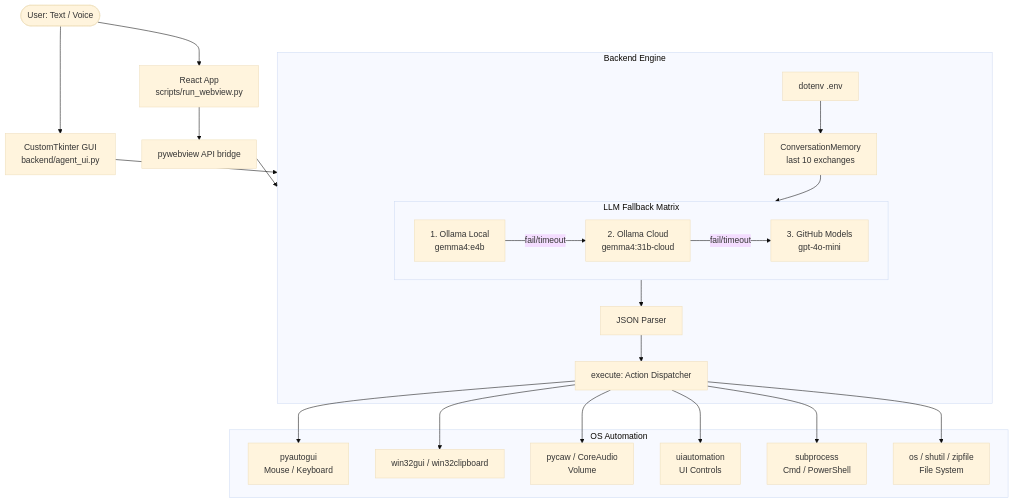
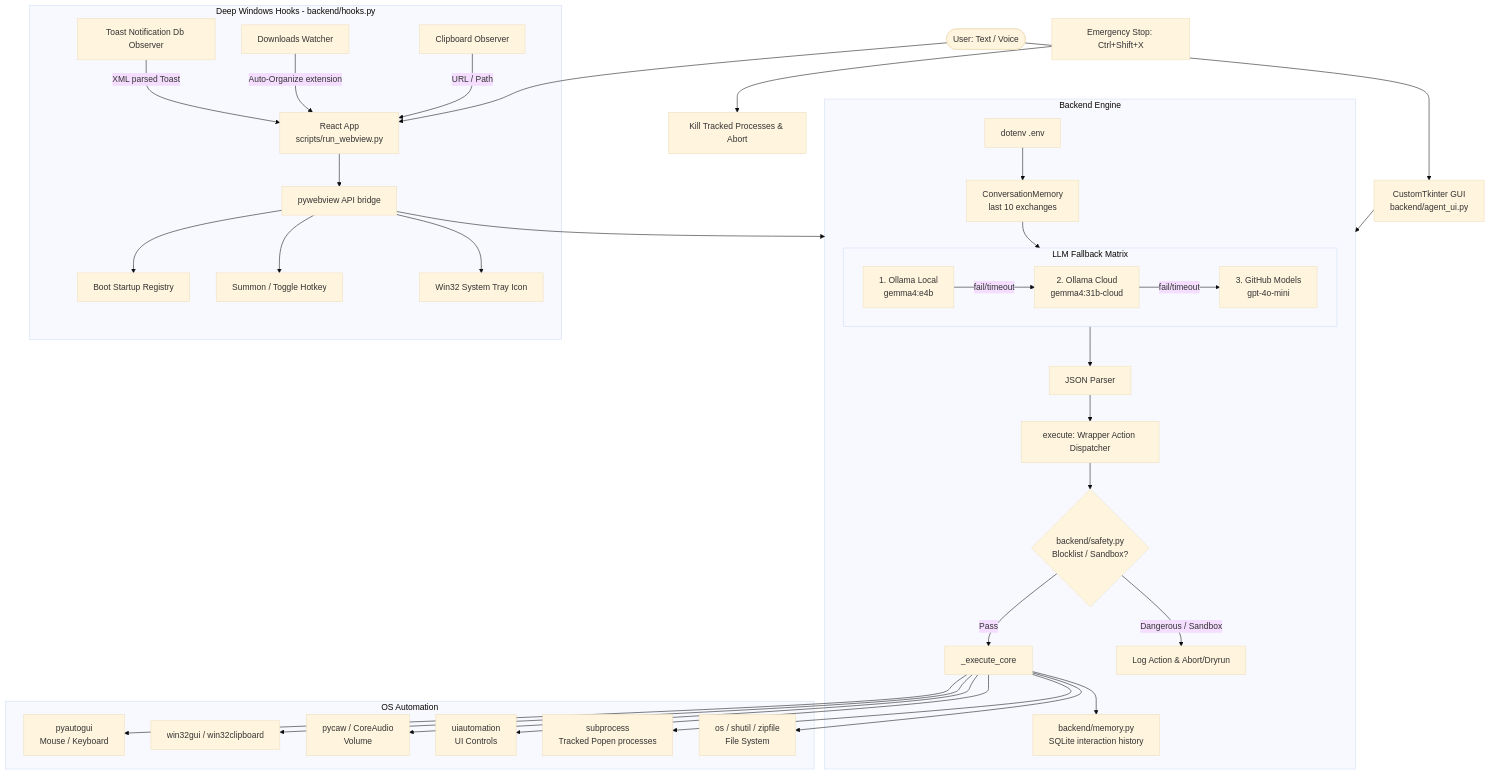
One commit to Adityakeerti/desktop-ai-agent changed the diagram in README.md. Above: the diagram before and after it, drawn with Mermaid (base theme). The commit also changed other lines of this file and 268 other files, not shown here.

````diff
--- a/README.md
+++ b/README.md
@@ -50,33 +55,51 @@
 ```mermaid
 graph TD
     User([User: Text / Voice]) --> WebUI[React App\nscripts/run_webview.py]
     User --> TkUI[CustomTkinter GUI\nbackend/agent_ui.py]
 
     WebUI  --> API[pywebview API bridge]
     TkUI   --> BE
 
     API --> BE[backend/windows_agent.py]
 
     subgraph BE [Backend Engine]
         ENV[dotenv .env] --> MEM[ConversationMemory\nlast 10 exchanges]
         MEM --> LLM
 
         subgraph LLM [LLM Fallback Matrix]
             L1[1. Ollama Local\ngemma4:e4b]
             L1 -- fail/timeout --> L2[2. Ollama Cloud\ngemma4:31b-cloud]
             L2 -- fail/timeout --> L3[3. GitHub Models\ngpt-4o-mini]
         end
 
         LLM --> Parser[JSON Parser]
-        Parser --> Exec[execute: Action Dispatcher]
+        Parser --> Exec[execute: Wrapper Action Dispatcher]
+        
+        Exec --> SafetyCheck{backend/safety.py\nBlocklist / Sandbox?}
+        SafetyCheck -- Pass --> RealExec[_execute_core]
+        SafetyCheck -- Dangerous / Sandbox --> BlockOrDryRun[Log Action & Abort/Dryrun]
+        
+        RealExec --> SQLMem[backend/memory.py\nSQLite interaction history]
+    end
+
+    subgraph WinHooks [Deep Windows Hooks - backend/hooks.py]
+        API --> BootStartup[Boot Startup Registry]
+        API --> Summon[Summon / Toggle Hotkey]
+        API --> Tray[Win32 System Tray Icon]
+        
+        Clipboard[Clipboard Observer] -- URL / Path --> WebUI
+        Downloads[Downloads Watcher] -- Auto-Organize extension --> WebUI
+        Toasts[Toast Notification Db Observer] -- XML parsed Toast --> WebUI
     end
 
     subgraph OS [OS Automation]
-        Exec --> PyAutoGUI[pyautogui\nMouse / Keyboard]
-        Exec --> Win32[win32gui / win32clipboard]
-        Exec --> Pycaw[pycaw / CoreAudio\nVolume]
-        Exec --> UIAuto[uiautomation\nUI Controls]
-        Exec --> PS[subprocess\nCmd / PowerShell]
-        Exec --> FS[os / shutil / zipfile\nFile System]
+        RealExec --> PyAutoGUI[pyautogui\nMouse / Keyboard]
+        RealExec --> Win32[win32gui / win32clipboard]
+        RealExec --> Pycaw[pycaw / CoreAudio\nVolume]
+        RealExec --> UIAuto[uiautomation\nUI Controls]
+        RealExec --> PS[subprocess\nTracked Popen processes]
+        RealExec --> FS[os / shutil / zipfile\nFile System]
     end
+    
+    Emergency[Emergency Stop: Ctrl+Shift+X] --> KillProc[Kill Tracked Processes & Abort]
 ```
````
